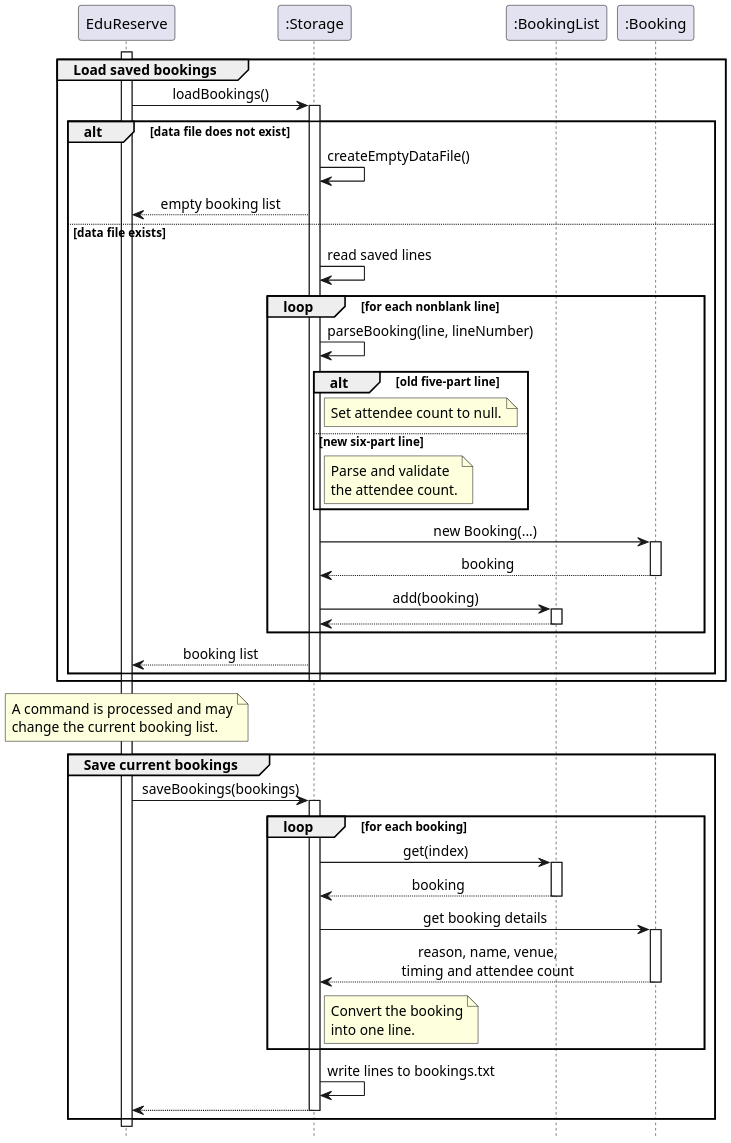
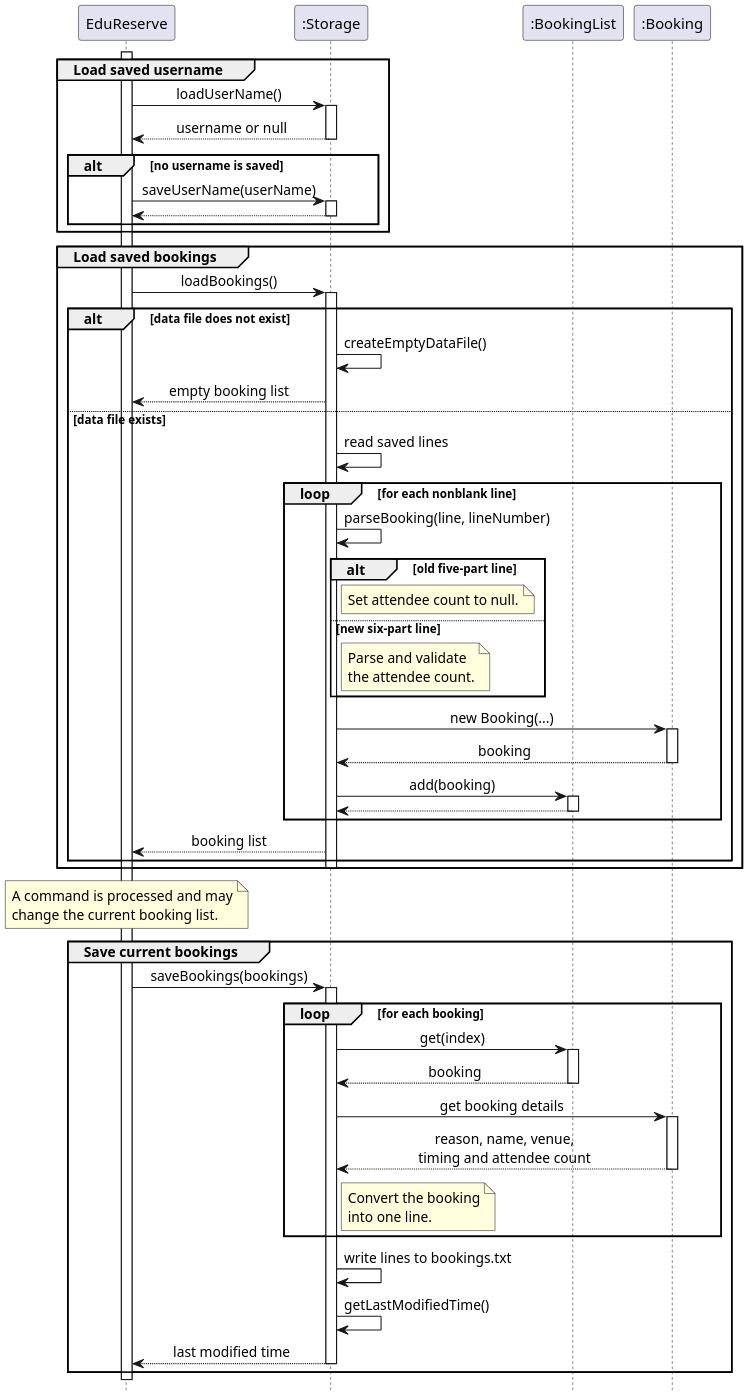
One commit to AY2627S1-CS2113-W14-2/tp changed the diagram in docs/UMLDiagrams/StorageSequenceDiagram.puml. Above: the diagram before and after it, drawn with PlantUML. The commit also changed 7 other files, not shown here.

Commit message:
Store username and save time

```diff
--- a/docs/UMLDiagrams/StorageSequenceDiagram.puml
+++ b/docs/UMLDiagrams/StorageSequenceDiagram.puml
@@ -1,86 +1,102 @@
 @startuml
 scale 2
 skinparam sequenceMessageAlign center
 hide footbox
 
 participant "EduReserve" as App
 participant ":Storage" as Storage
 participant ":BookingList" as Bookings
 participant ":Booking" as Booking
 
 activate App
+
+group Load saved username
+    App -> Storage: loadUserName()
+    activate Storage
+
+    Storage --> App: username or null
+    deactivate Storage
+
+    alt no username is saved
+        App -> Storage: saveUserName(userName)
+        activate Storage
+        Storage --> App
+        deactivate Storage
+    end
+end
 
 group Load saved bookings
     App -> Storage: loadBookings()
     activate Storage
 
     alt data file does not exist
         Storage -> Storage: createEmptyDataFile()
         Storage --> App: empty booking list
     else data file exists
         Storage -> Storage: read saved lines
 
         loop for each nonblank line
             Storage -> Storage: parseBooking(line, lineNumber)
 
             alt old five-part line
                 note right of Storage
                     Set attendee count to null.
                 end note
             else new six-part line
                 note right of Storage
                     Parse and validate
                     the attendee count.
                 end note
             end
 
             Storage -> Booking: new Booking(...)
             activate Booking
             Booking --> Storage: booking
             deactivate Booking
 
             Storage -> Bookings: add(booking)
             activate Bookings
             Bookings --> Storage
             deactivate Bookings
         end
 
         Storage --> App: booking list
     end
 
     deactivate Storage
 end
 
 note over App
     A command is processed and may
     change the current booking list.
 end note
 
 group Save current bookings
     App -> Storage: saveBookings(bookings)
     activate Storage
 
     loop for each booking
         Storage -> Bookings: get(index)
         activate Bookings
         Bookings --> Storage: booking
         deactivate Bookings
 
         Storage -> Booking: get booking details
         activate Booking
         Booking --> Storage: reason, name, venue,\ntiming and attendee count
         deactivate Booking
 
         note right of Storage
             Convert the booking
             into one line.
         end note
     end
 
     Storage -> Storage: write lines to bookings.txt
-    Storage --> App
+    Storage -> Storage: getLastModifiedTime()
+    Storage --> App: last modified time
     deactivate Storage
 end
 
 deactivate App
 @enduml
```
